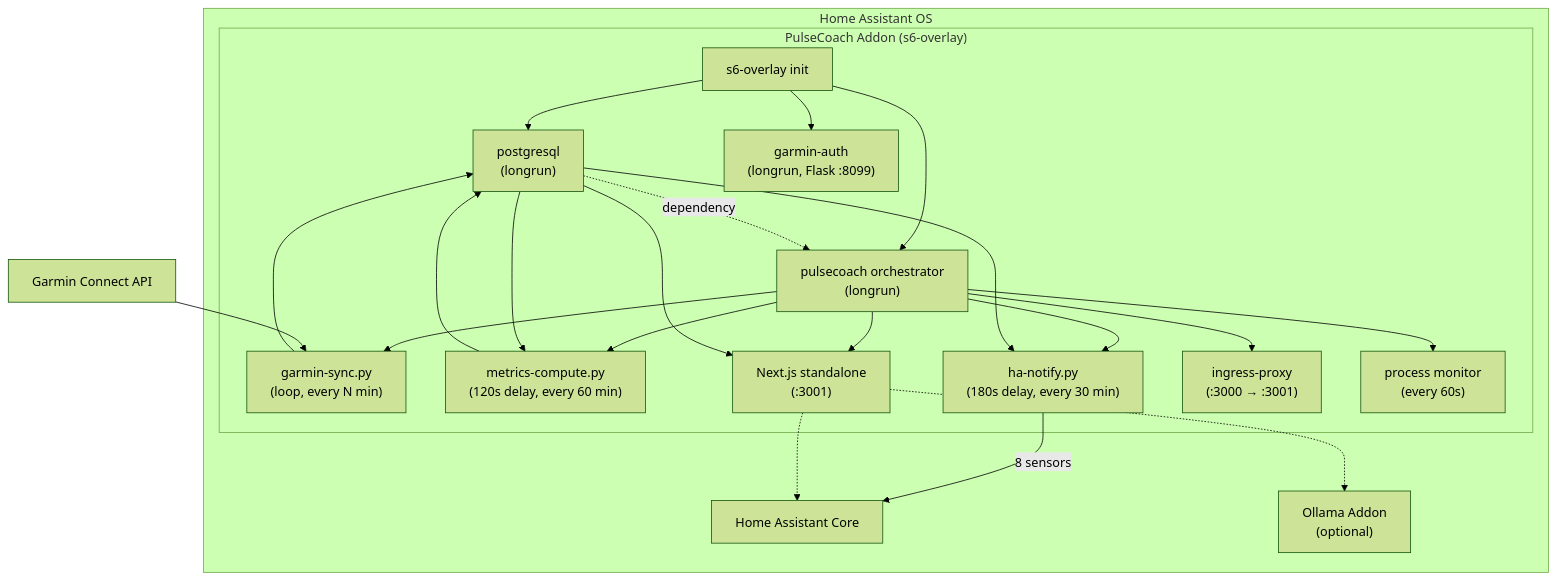
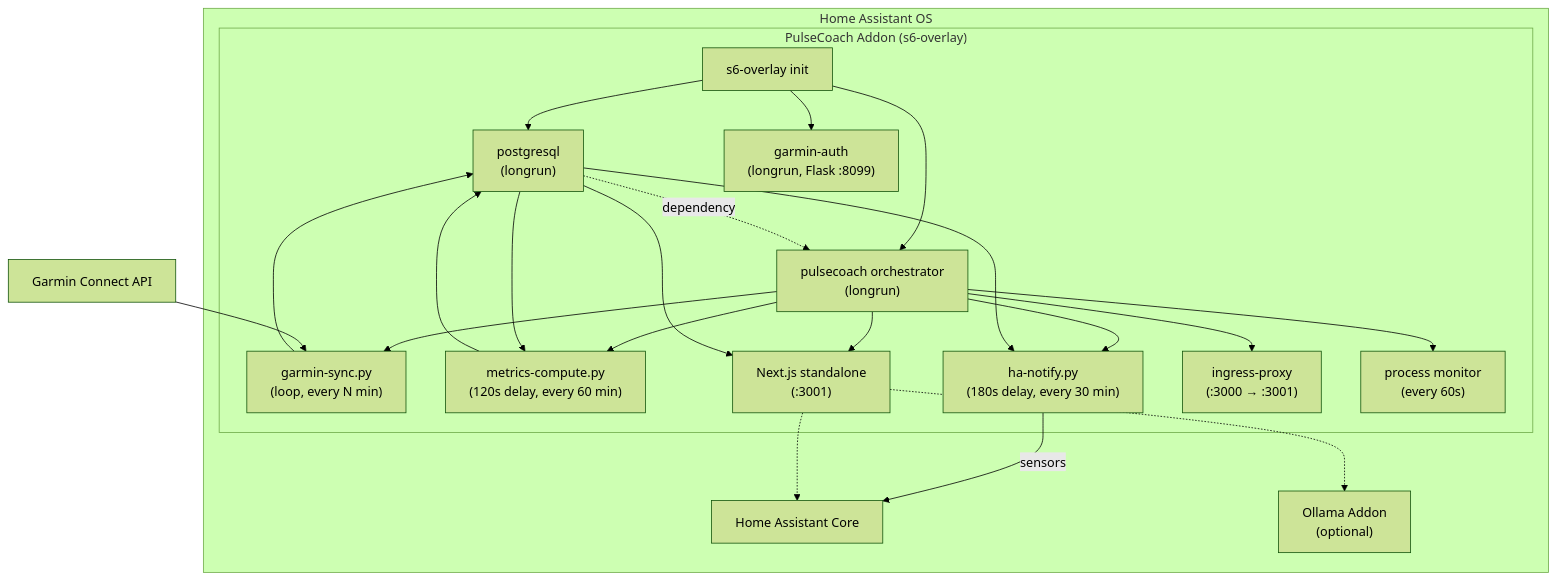
The diagram in README.md (askb/ha-garmin-fitness-coach-addon), drawn with Mermaid (forest theme) before and after one commit. The commit also changed other lines of this file and 2 other files, not shown here.

````diff
--- a/README.md
+++ b/README.md
@@ -129,42 +129,42 @@
 ```mermaid
 graph TD
     subgraph "Home Assistant OS"
         subgraph "PulseCoach Addon (s6-overlay)"
             S6["s6-overlay init"]
             PG["postgresql<br/>(longrun)"]
             Auth["garmin-auth<br/>(longrun, Flask :8099)"]
             GC["pulsecoach orchestrator<br/>(longrun)"]
             Sync["garmin-sync.py<br/>(loop, every N min)"]
             Metrics["metrics-compute.py<br/>(120s delay, every 60 min)"]
             Notify["ha-notify.py<br/>(180s delay, every 30 min)"]
             NextJS["Next.js standalone<br/>(:3001)"]
             Ingress["ingress-proxy<br/>(:3000 → :3001)"]
             Monitor["process monitor<br/>(every 60s)"]
         end
         HA["Home Assistant Core"]
         Ollama["Ollama Addon<br/>(optional)"]
     end
 
     Garmin["Garmin Connect API"]
 
     S6 --> PG
     S6 --> Auth
     S6 --> GC
     PG -.->|dependency| GC
     GC --> Sync
     GC --> Metrics
     GC --> Notify
     GC --> NextJS
     GC --> Ingress
     GC --> Monitor
 
     Garmin --> Sync
     Sync --> PG
     PG --> Metrics
     Metrics --> PG
     PG --> Notify
-    Notify -->|8 sensors| HA
+    Notify -->|sensors| HA
     PG --> NextJS
     NextJS -.-> Ollama
     NextJS -.-> HA
 ```
````
